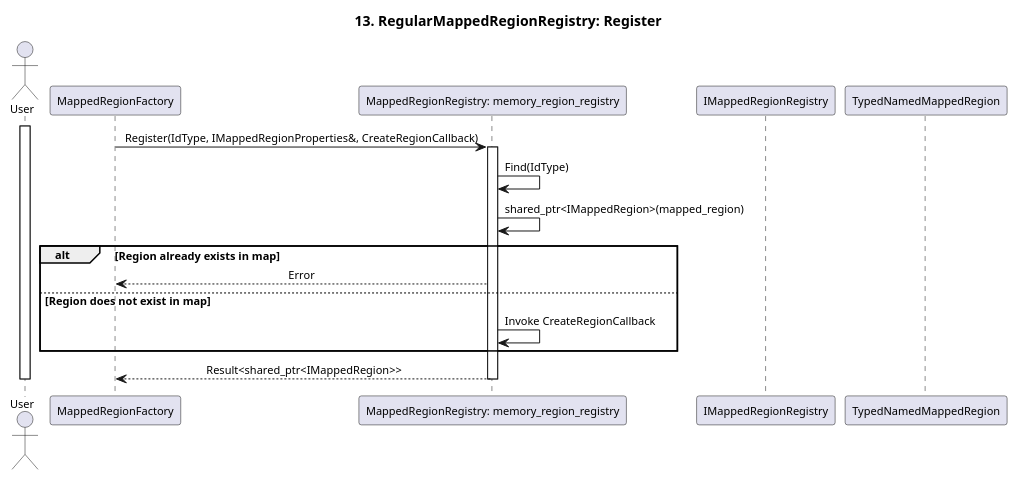
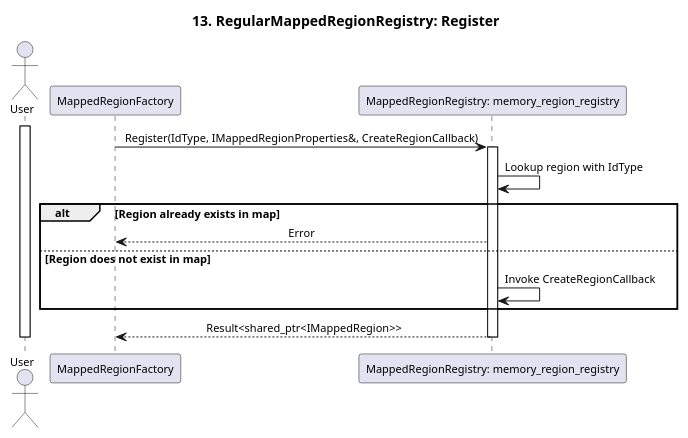
Before and after one commit to eclipse-score/communication: the diagram in score/memory/shared/design/redesign_proposal/assets/seq_13_regular_mapped_region_registry_register.puml, drawn with PlantUML. The commit also changed 10 other files, not shown here.

```diff
--- a/score/memory/shared/design/redesign_proposal/assets/seq_13_regular_mapped_region_registry_register.puml
+++ b/score/memory/shared/design/redesign_proposal/assets/seq_13_regular_mapped_region_registry_register.puml
@@ -1,34 +1,29 @@
 @startuml seq_13_regular_mapped_region_registry_register
 title 13. RegularMappedRegionRegistry: Register
 skinparam defaultFontSize 11
 skinparam sequenceMessageAlign center
 
 actor "User" as User
 participant "MappedRegionFactory" as memory_region_factory
 participant "MappedRegionRegistry: memory_region_registry" as memory_region_registry
-participant "IMappedRegionRegistry" as i_memory_region_registry
-participant "TypedNamedMappedRegion" as mapped_region
 
 activate User
 
 memory_region_factory -> memory_region_registry : Register(IdType, IMappedRegionProperties&, CreateRegionCallback)
 activate memory_region_registry
 
-memory_region_registry -> memory_region_registry : Find(IdType)
-
-memory_region_registry -> memory_region_registry : shared_ptr<IMappedRegion>(mapped_region)
+memory_region_registry -> memory_region_registry : Lookup region with IdType
 
 alt Region already exists in map
     memory_region_registry --> memory_region_factory : Error
 else Region does not exist in map
     memory_region_registry -> memory_region_registry : Invoke CreateRegionCallback
 end
 
 memory_region_registry --> memory_region_factory : Result<shared_ptr<IMappedRegion>>
 deactivate memory_region_registry
 
-
 deactivate memory_region_factory
 deactivate User
 
 @enduml
```
